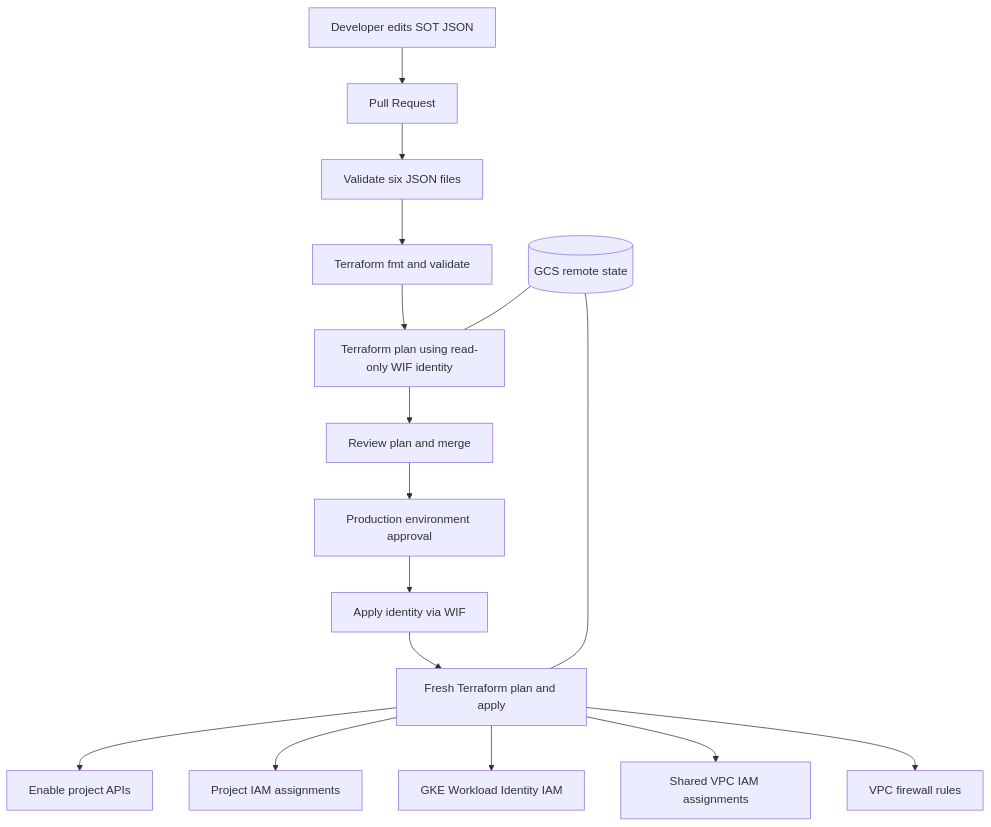
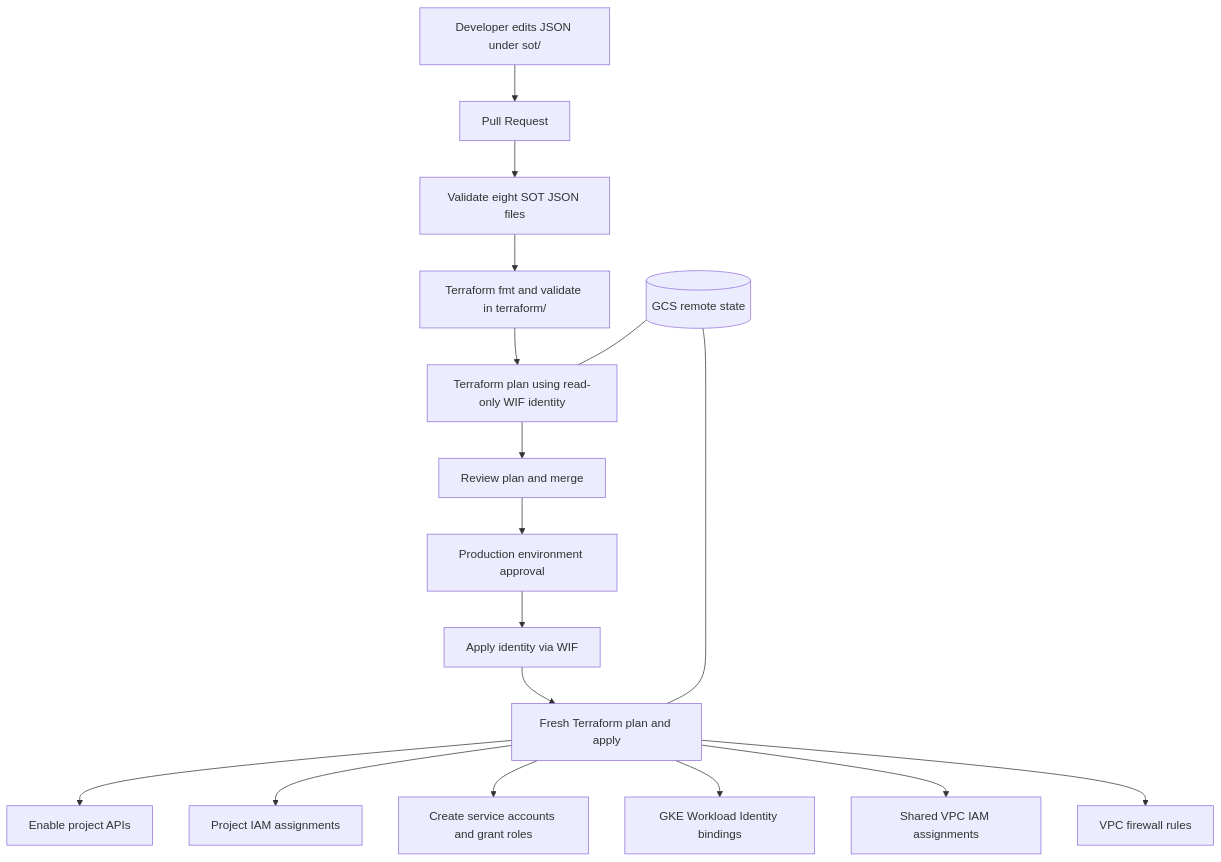
One commit to manojrasia/terraform-sot-workflow changed the diagram in architecture.mmd. Above: the diagram before and after it, drawn with Mermaid. The commit also changed 26 other files, not shown here.

Commit message:
refactor: organize Terraform module and extend SOT inputs

```diff
--- a/architecture.mmd
+++ b/architecture.mmd
@@ -1,16 +1,17 @@
 flowchart TD
-    A[Developer edits SOT JSON] --> B[Pull Request]
-    B --> C[Validate six JSON files]
-    C --> D[Terraform fmt and validate]
+    A[Developer edits JSON under sot/] --> B[Pull Request]
+    B --> C[Validate eight SOT JSON files]
+    C --> D[Terraform fmt and validate in terraform/]
     D --> E[Terraform plan using read-only WIF identity]
     E --> F[Review plan and merge]
     F --> G[Production environment approval]
     G --> H[Apply identity via WIF]
     H --> I[Fresh Terraform plan and apply]
     I --> J[Enable project APIs]
     I --> K[Project IAM assignments]
-    I --> L[GKE Workload Identity IAM]
-    I --> M[Shared VPC IAM assignments]
-    I --> N[VPC firewall rules]
-    O[(GCS remote state)] --- E
-    O --- I
+    I --> L[Create service accounts and grant roles]
+    I --> M[GKE Workload Identity bindings]
+    I --> N[Shared VPC IAM assignments]
+    I --> O[VPC firewall rules]
+    P[(GCS remote state)] --- E
+    P --- I
```
